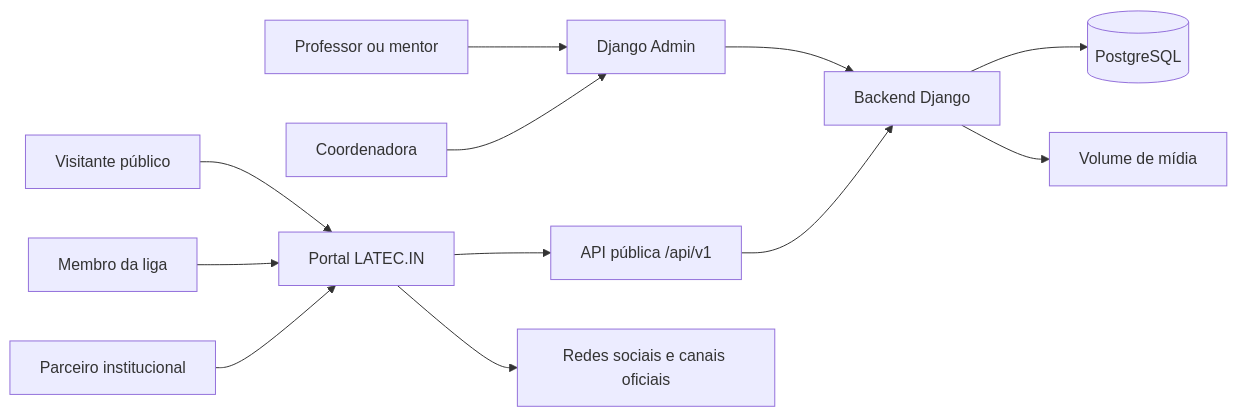
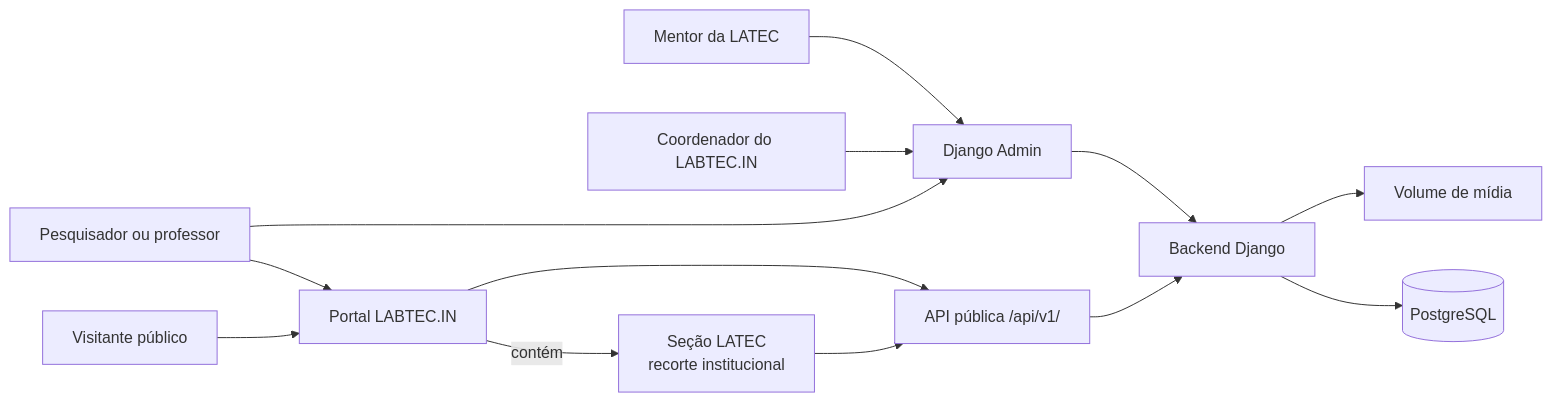
Before and after one commit to MarcosVini753/latec-in: the diagram in docs/architecture/diagrams/c4-context.md, drawn with Mermaid. The commit also changed other lines of this file and 28 other files, not shown here.

First line of the commit message:
feat: restructure LABTEC.IN as root institution and LATEC as a child unit

````diff
--- a/docs/architecture/diagrams/c4-context.md
+++ b/docs/architecture/diagrams/c4-context.md
@@ -3,16 +3,17 @@
 ```mermaid
 flowchart LR
-  Visitor[Visitante público] --> Site[Portal LATEC.IN]
-  Member[Membro da liga] --> Site
-  Partner[Parceiro institucional] --> Site
-  Mentor[Professor ou mentor] --> Admin[Django Admin]
-  Coordinator[Coordenadora] --> Admin
+  Visitor["Visitante público"] --> Portal["Portal LABTEC.IN"]
+  Researcher["Pesquisador ou professor"] --> Portal
+  Researcher --> Admin["Django Admin"]
+  Mentor["Mentor da LATEC"] --> Admin
+  Coordinator["Coordenador do LABTEC.IN"] --> Admin
 
-  Site --> API[API pública /api/v1]
-  Admin --> Backend[Backend Django]
+  Portal -->|contém| Latec["Seção LATEC<br/>recorte institucional"]
+  Portal --> API["API pública /api/v1/"]
+  Latec --> API
+  Admin --> Backend["Backend Django"]
   API --> Backend
 
   Backend --> DB[(PostgreSQL)]
-  Backend --> Media[Volume de mídia]
-  Site --> Social[Redes sociais e canais oficiais]
+  Backend --> Media["Volume de mídia"]
 ```
````
